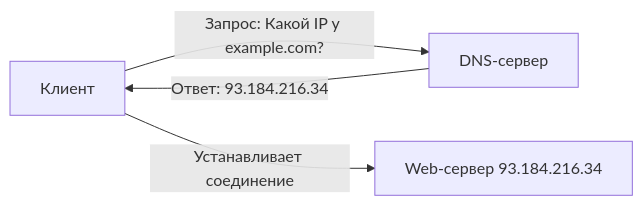
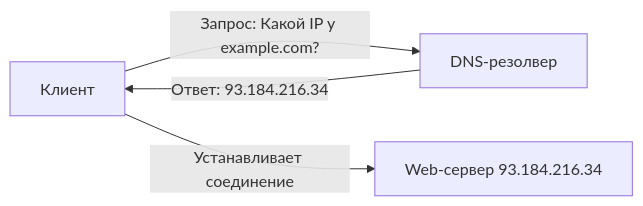
Before and after one commit to elizavetaweta/my-notes: the diagram in Cybersecurity/02_Обучение/DNS (Domain Name System).md, drawn with Mermaid. The commit also changed other lines of this file and 79 other files, not shown here.

````diff
--- a/Cybersecurity/02_Обучение/DNS (Domain Name System).md
+++ b/Cybersecurity/02_Обучение/DNS (Domain Name System).md
@@ -19,6 +17,6 @@
 ```mermaid
 graph LR
-    A[Клиент] -->|Запрос: Какой IP у example.com?| B[DNS-сервер]
+    A[Клиент] -->|Запрос: Какой IP у example.com?| B[DNS-резолвер]
     B -->|Ответ: 93.184.216.34| A
     A -->|Устанавливает соединение| C[Web-сервер 93.184.216.34]
 ```
````
